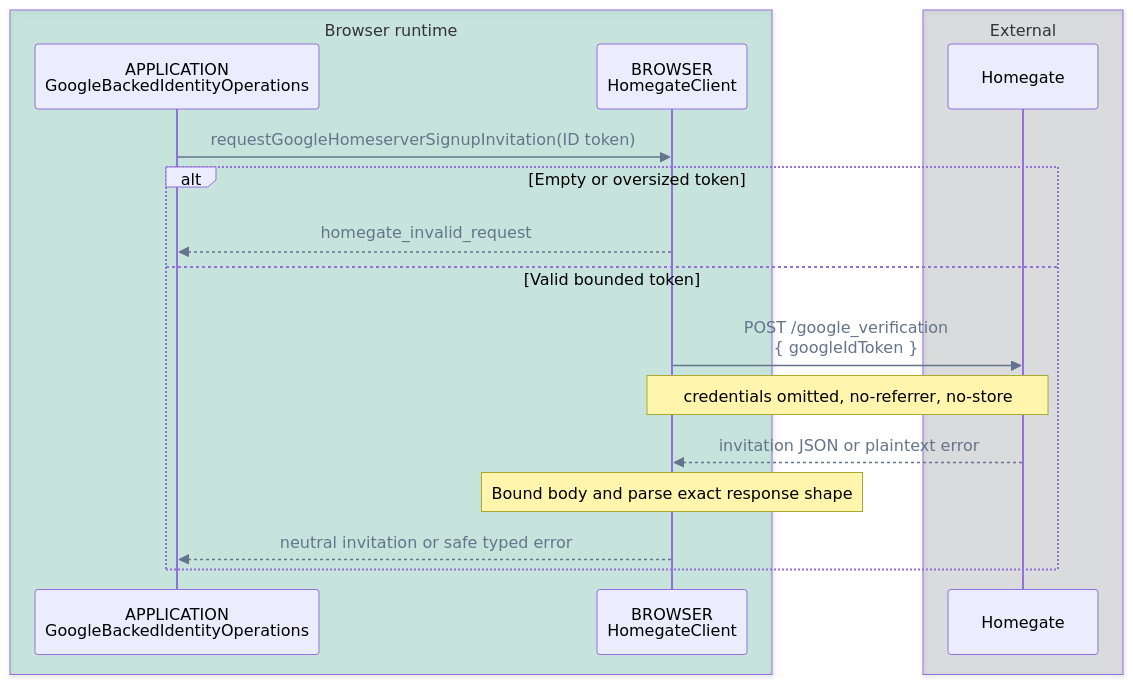
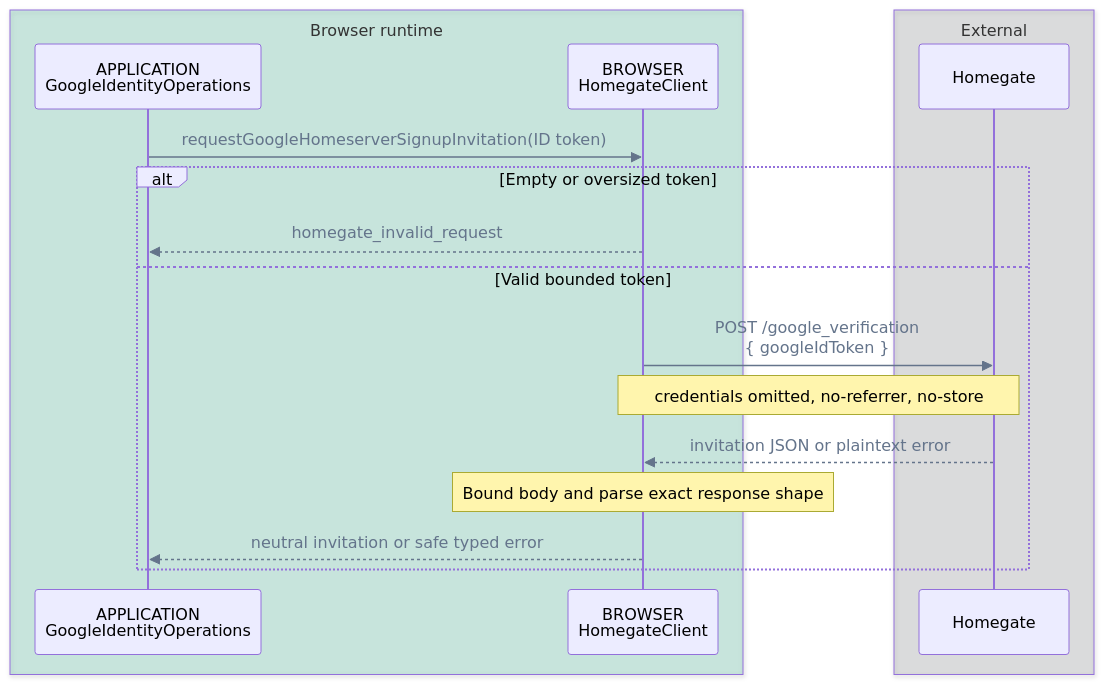
Before and after one commit to pubky/pubky-passport: diagram 14 of 14 in FLOWS.md, drawn with Mermaid. The commit also changed other lines of this file and 65 other files, not shown here.

````diff
--- a/FLOWS.md
+++ b/FLOWS.md
@@ -722,24 +715,24 @@
 ```mermaid
 %%{init: {"themeVariables": {"signalColor": "#64748B", "signalTextColor": "#64748B"}}}%%
 sequenceDiagram
     accTitle: Direct browser Homegate signup invitation call flow
     accDescr: The browser adapter sends only the Google ID token directly to configured Homegate, then bounds and maps the invitation or plaintext error to a safe application result.
     box rgba(0, 158, 115, 0.18) Browser runtime
-        participant UseCase as APPLICATION<br/>GoogleBackedIdentityOperations
+        participant UseCase as APPLICATION<br/>GoogleIdentityOperations
         participant Adapter as BROWSER<br/>HomegateClient
     end
     box rgba(17, 24, 39, 0.12) External
         participant Homegate as Homegate
     end
 
     UseCase->>Adapter: requestGoogleHomeserverSignupInvitation(ID token)
     alt Empty or oversized token
         Adapter-->>UseCase: homegate_invalid_request
     else Valid bounded token
         Adapter->>Homegate: POST /google_verification<br/>{ googleIdToken }
         Note over Adapter,Homegate: credentials omitted, no-referrer, no-store
         Homegate-->>Adapter: invitation JSON or plaintext error
         Note over Adapter: Bound body and parse exact response shape
         Adapter-->>UseCase: neutral invitation or safe typed error
     end
 ```
````
